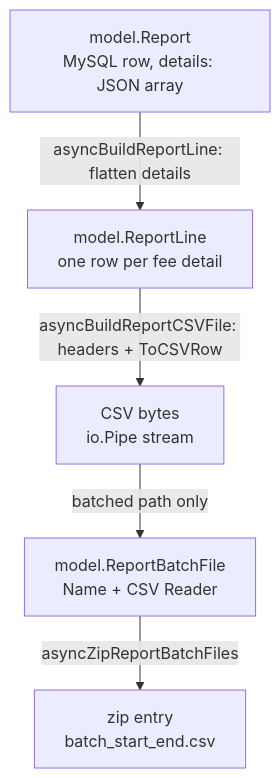
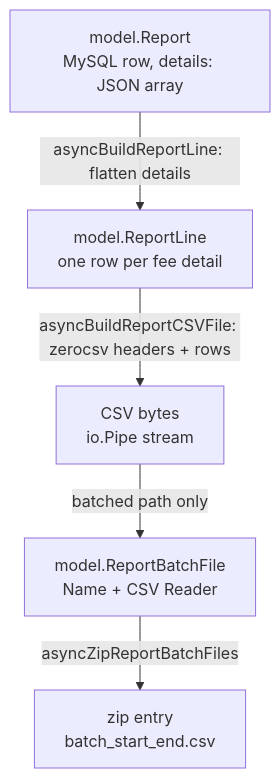
One commit to fikrimohammad/efficient-report-exporter changed the eighth of 10 diagrams in README.md. Above: the diagram before and after it, drawn with Mermaid. The commit also changed 20 other files, not shown here.

First line of the commit message:
perf(report): zero-alloc CSV via go-zerocsv; store times as unix milli; add pprof

````diff
--- a/README.md
+++ b/README.md
@@ -437,13 +437,13 @@
 ```mermaid
 flowchart TB
     R["model.Report<br/>MySQL row, details: JSON array"]
     L["model.ReportLine<br/>one row per fee detail"]
     C["CSV bytes<br/>io.Pipe stream"]
     F["model.ReportBatchFile<br/>Name + CSV Reader"]
     Z["zip entry<br/>batch_start_end.csv"]
 
     R -->|"asyncBuildReportLine: flatten details"| L
-    L -->|"asyncBuildReportCSVFile: headers + ToCSVRow"| C
+    L -->|"asyncBuildReportCSVFile: zerocsv headers + rows"| C
     C -->|"batched path only"| F
     F -->|"asyncZipReportBatchFiles"| Z
 ```
````
